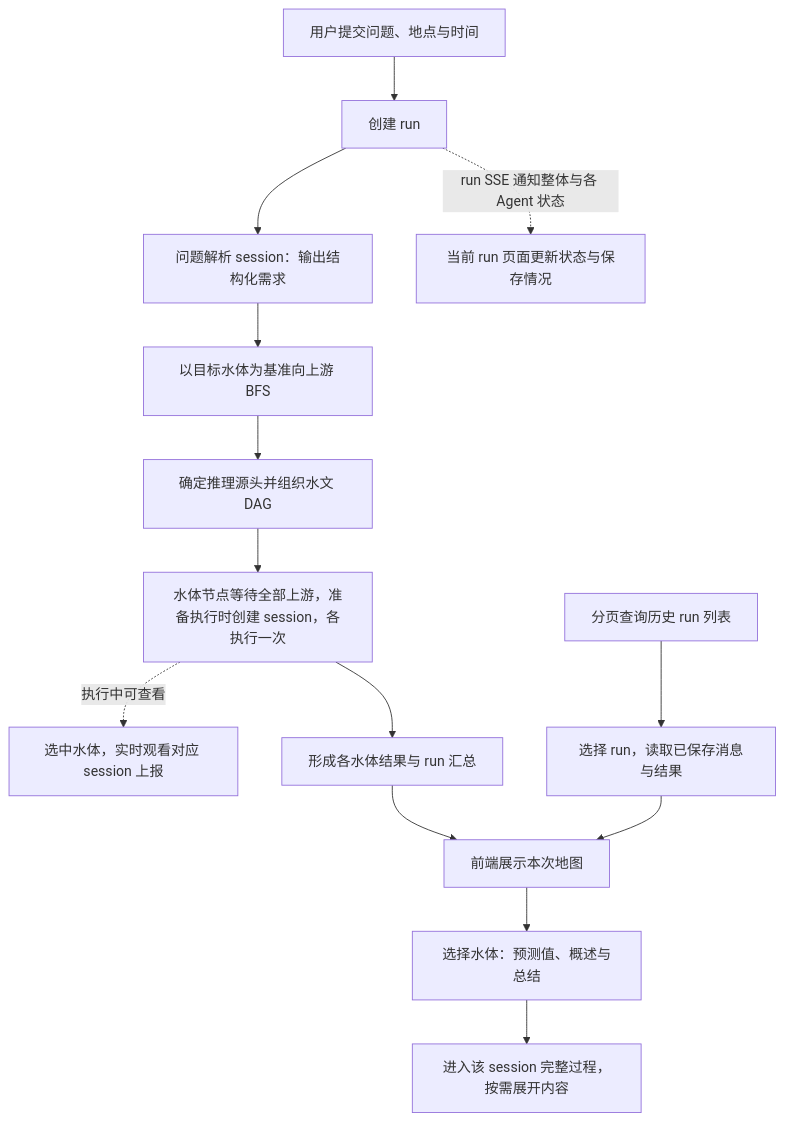
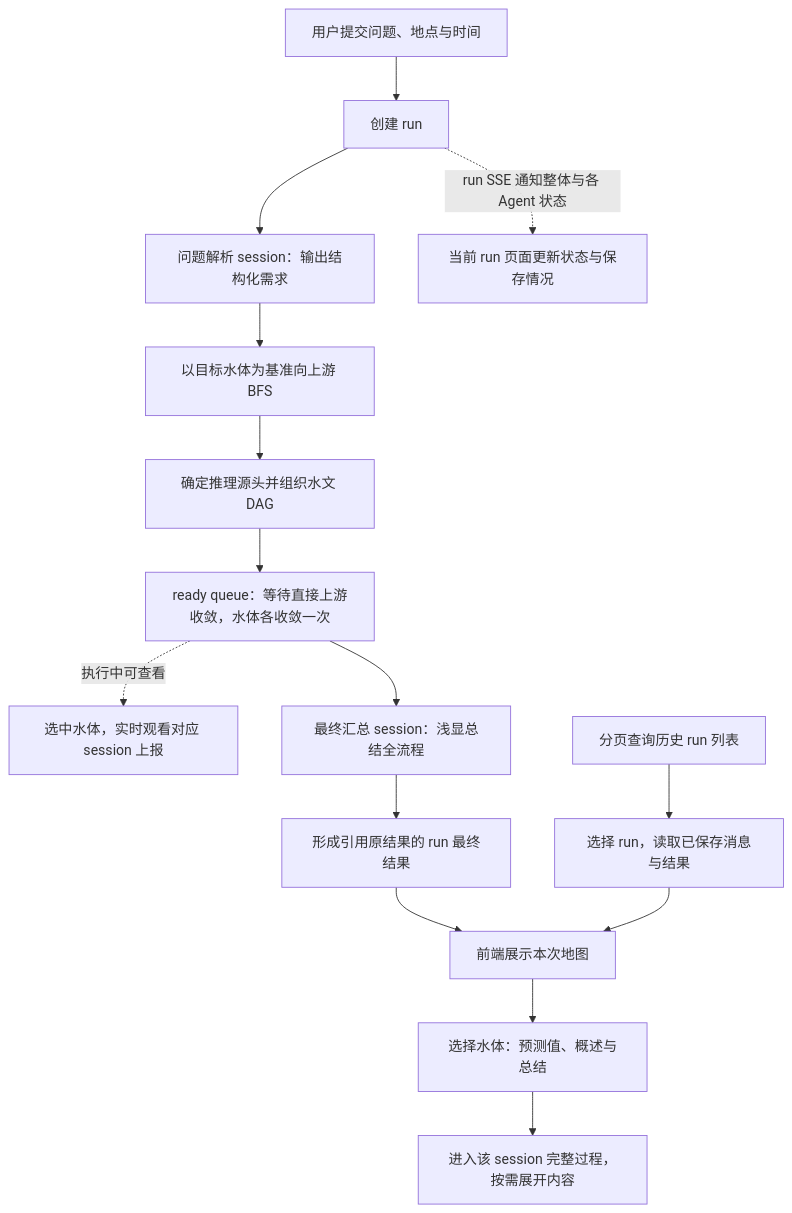
Before and after one commit to power246/WaterAgentsAPP: the diagram in docs/backend_architecture_skeleton.md, drawn with Mermaid. The commit also changed other lines of this file and 13 other files, not shown here.

````diff
--- a/docs/backend_architecture_skeleton.md
+++ b/docs/backend_architecture_skeleton.md
@@ -121,16 +122,17 @@
 ```mermaid
 flowchart TD
     U[用户提交问题、地点与时间] --> R[创建 run]
     R --> P[问题解析 session：输出结构化需求]
     P --> B[以目标水体为基准向上游 BFS]
     B --> D[确定推理源头并组织水文 DAG]
-    D --> S[水体节点等待全部上游，准备执行时创建 session，各执行一次]
+    D --> S[ready queue：等待直接上游收敛，水体各收敛一次]
     S -. 执行中可查看 .-> L[选中水体，实时观看对应 session 上报]
     R -. run SSE 通知整体与各 Agent 状态 .-> N[当前 run 页面更新状态与保存情况]
-    S --> F[形成各水体结果与 run 汇总]
+    S --> A[最终汇总 session：浅显总结全流程]
+    A --> F[形成引用原结果的 run 最终结果]
     F --> M[前端展示本次地图]
     H[分页查询历史 run 列表] --> V[选择 run，读取已保存消息与结果]
     V --> M
     M --> W[选择水体：预测值、概述与总结]
     W --> T[进入该 session 完整过程，按需展开内容]
 ```
````
